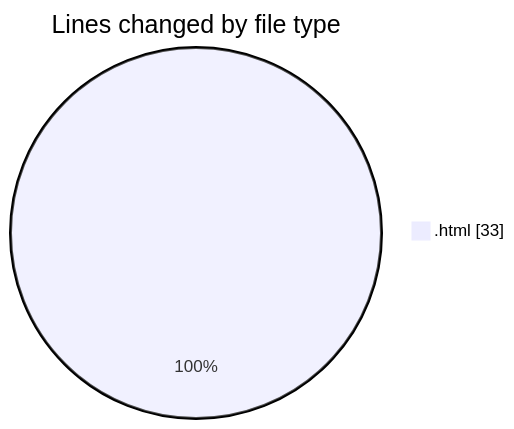
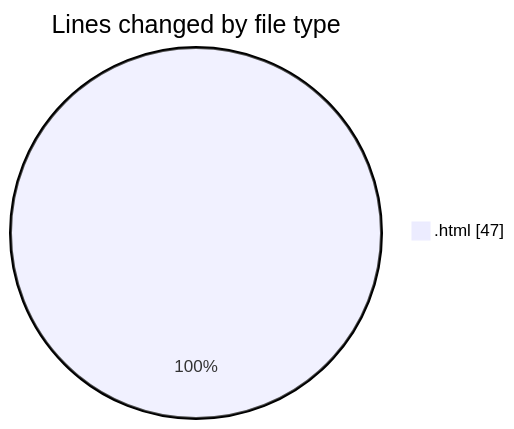
The first of 2 diagrams in 2025-10-25/javacript/README.md (nxtqubesakshisongat/code-tracking), drawn with Mermaid before and after one commit. The commit also changed other lines of this file and 1 other file, not shown here.

````diff
--- a/2025-10-25/javacript/README.md
+++ b/2025-10-25/javacript/README.md
@@ -20,5 +20,5 @@
 ```mermaid
 pie showData
 title Lines changed by file type
-".html" : 33
+".html" : 47
 ```
````
